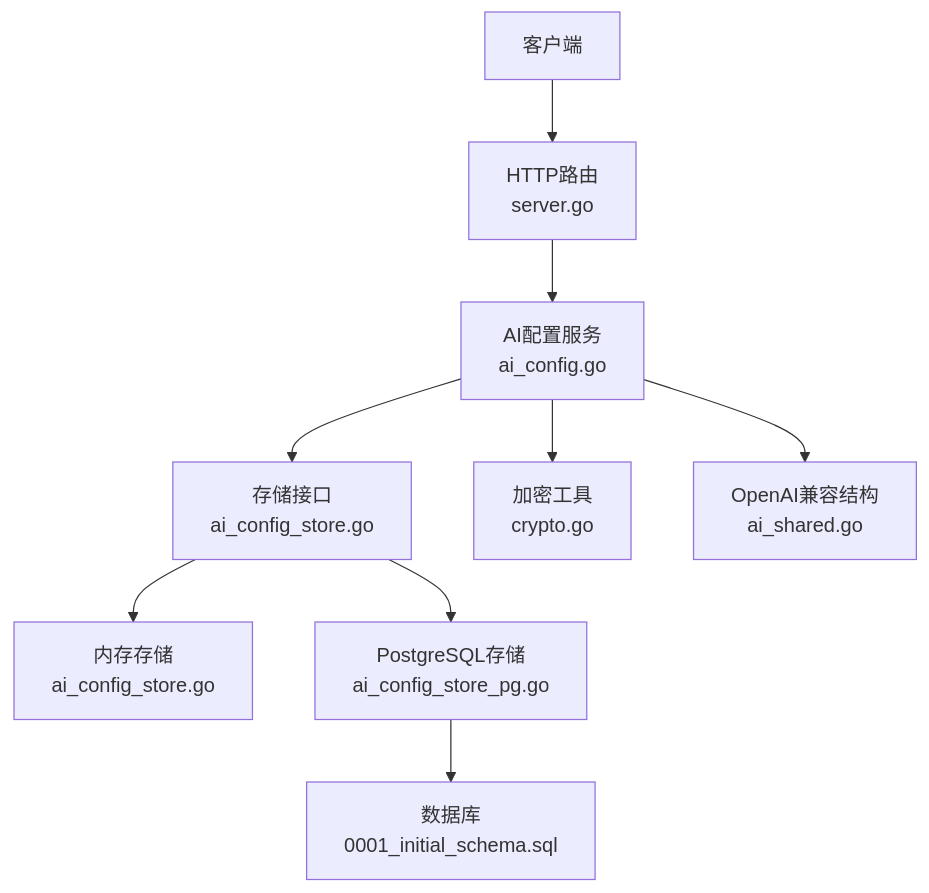
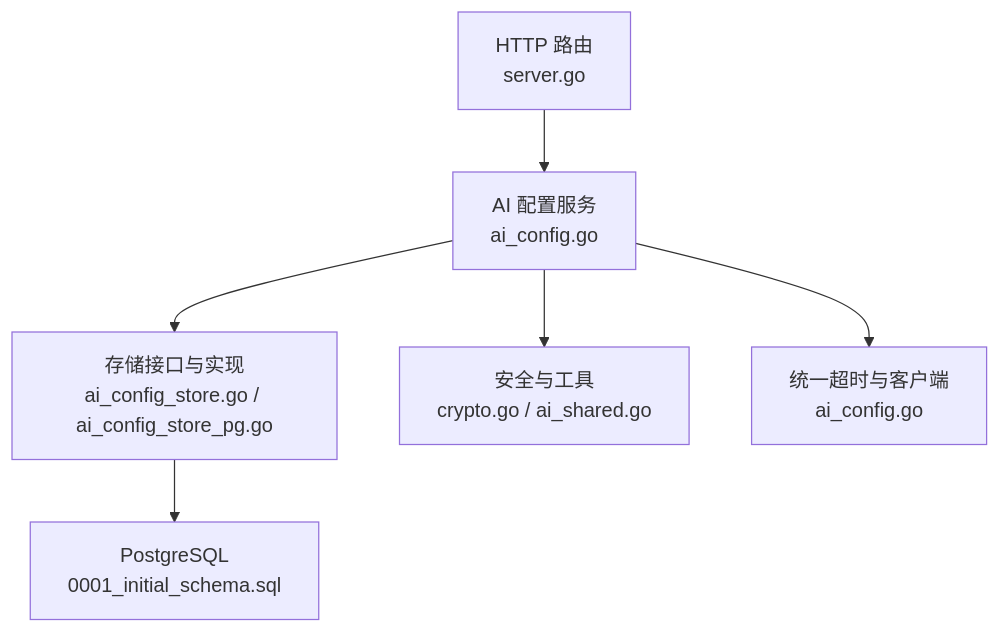
The first of 8 diagrams in .qoder/repowiki/zh/content/云端后端服务/候选人处理系统/AI匹配评分/AI配置管理.md (alvinwangzi/goodhr), drawn with Mermaid before and after one commit. The commit also changed other lines of this file and 149 other files, not shown here.

````diff
--- a/.qoder/repowiki/zh/content/云端后端服务/候选人处理系统/AI匹配评分/AI配置管理.md
+++ b/.qoder/repowiki/zh/content/云端后端服务/候选人处理系统/AI匹配评分/AI配置管理.md
@@ -43,11 +40,8 @@
 ```mermaid
 graph TB
-Client["客户端"] --> Routes["HTTP路由<br/>server.go"]
-Routes --> AISvc["AI配置服务<br/>ai_config.go"]
-AISvc --> StoreIF["存储接口<br/>ai_config_store.go"]
-StoreIF --> MemStore["内存存储<br/>ai_config_store.go"]
-StoreIF --> PGStore["PostgreSQL存储<br/>ai_config_store_pg.go"]
-AISvc --> Crypto["加密工具<br/>crypto.go"]
-AISvc --> Shared["OpenAI兼容结构<br/>ai_shared.go"]
-PGStore --> DB["数据库<br/>0001_initial_schema.sql"]
+A["HTTP 路由<br/>server.go"] --> B["AI 配置服务<br/>ai_config.go"]
+B --> C["存储接口与实现<br/>ai_config_store.go / ai_config_store_pg.go"]
+B --> D["安全与工具<br/>crypto.go / ai_shared.go"]
+C --> E["PostgreSQL<br/>0001_initial_schema.sql"]
+B --> F["统一超时与客户端<br/>ai_config.go"]
 ```
````
